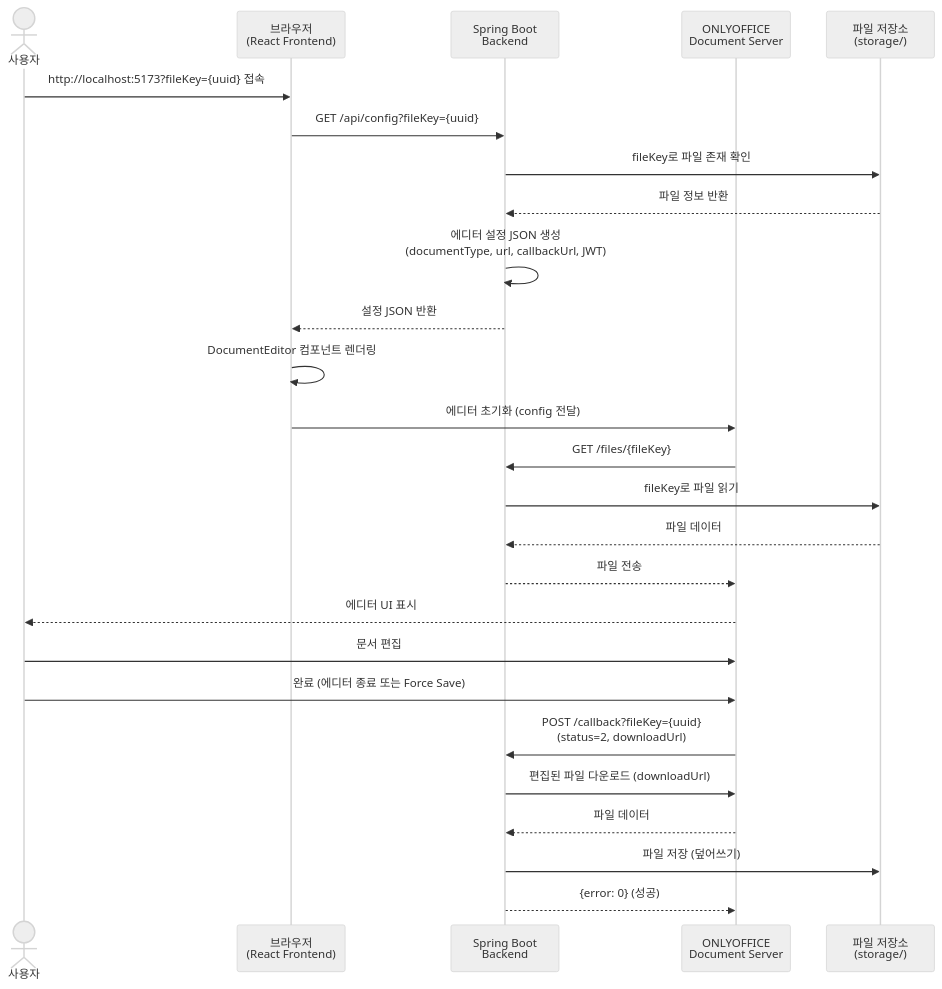
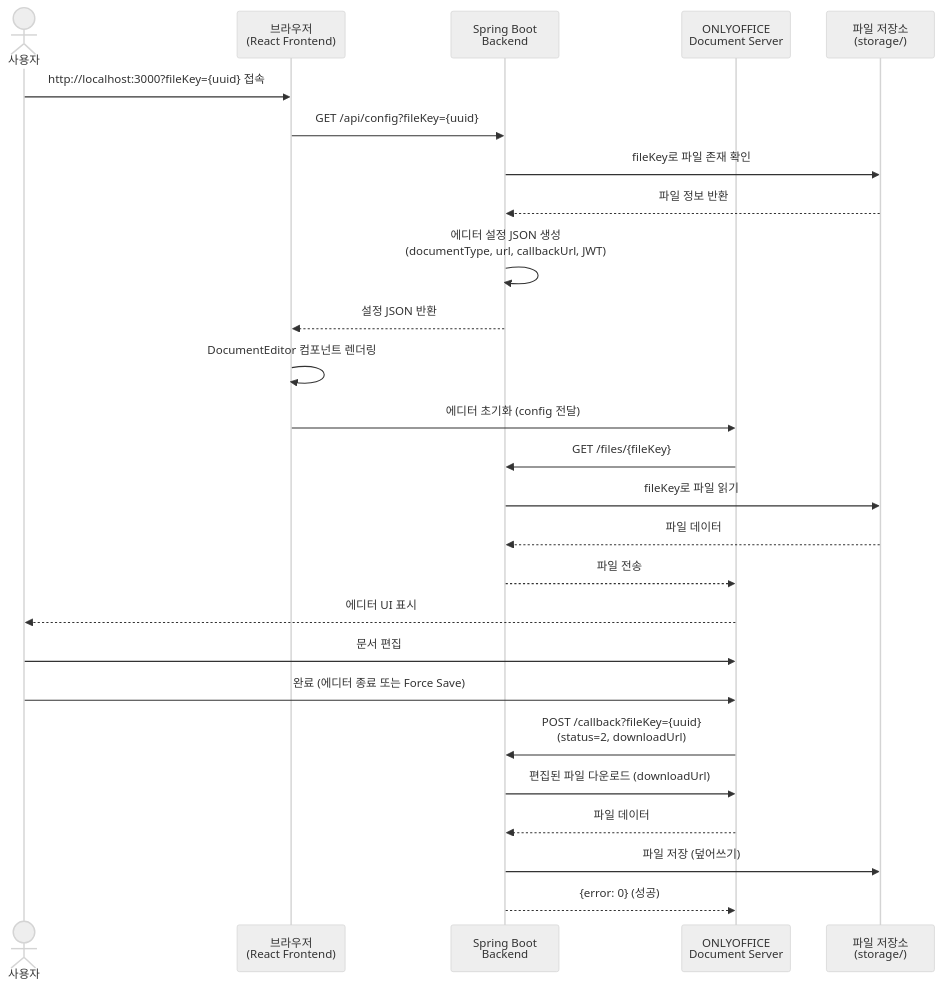
One commit to taez224/onlyoffice-demo changed the diagram in README.md. Above: the diagram before and after it, drawn with Mermaid (neutral theme). The commit also changed other lines of this file and 7 other files, not shown here.

````diff
--- a/README.md
+++ b/README.md
@@ -231,33 +231,33 @@
 ```mermaid
 sequenceDiagram
     actor User as 사용자
     participant Browser as 브라우저<br/>(React Frontend)
     participant Backend as Spring Boot<br/>Backend
     participant ONLYOFFICE as ONLYOFFICE<br/>Document Server
     participant Storage as 파일 저장소<br/>(storage/)
 
-    User->>Browser: http://localhost:5173?fileKey={uuid} 접속
+    User->>Browser: http://localhost:3000?fileKey={uuid} 접속
     Browser->>Backend: GET /api/config?fileKey={uuid}
     Backend->>Storage: fileKey로 파일 존재 확인
     Storage-->>Backend: 파일 정보 반환
     Backend->>Backend: 에디터 설정 JSON 생성<br/>(documentType, url, callbackUrl, JWT)
     Backend-->>Browser: 설정 JSON 반환
 
     Browser->>Browser: DocumentEditor 컴포넌트 렌더링
     Browser->>ONLYOFFICE: 에디터 초기화 (config 전달)
 
     ONLYOFFICE->>Backend: GET /files/{fileKey}
     Backend->>Storage: fileKey로 파일 읽기
     Storage-->>Backend: 파일 데이터
     Backend-->>ONLYOFFICE: 파일 전송
 
     ONLYOFFICE-->>User: 에디터 UI 표시
     User->>ONLYOFFICE: 문서 편집
 
     User->>ONLYOFFICE: 완료 (에디터 종료 또는 Force Save)
     ONLYOFFICE->>Backend: POST /callback?fileKey={uuid}<br/>(status=2, downloadUrl)
     Backend->>ONLYOFFICE: 편집된 파일 다운로드 (downloadUrl)
     ONLYOFFICE-->>Backend: 파일 데이터
     Backend->>Storage: 파일 저장 (덮어쓰기)
     Backend-->>ONLYOFFICE: {error: 0} (성공)
 ```
````
